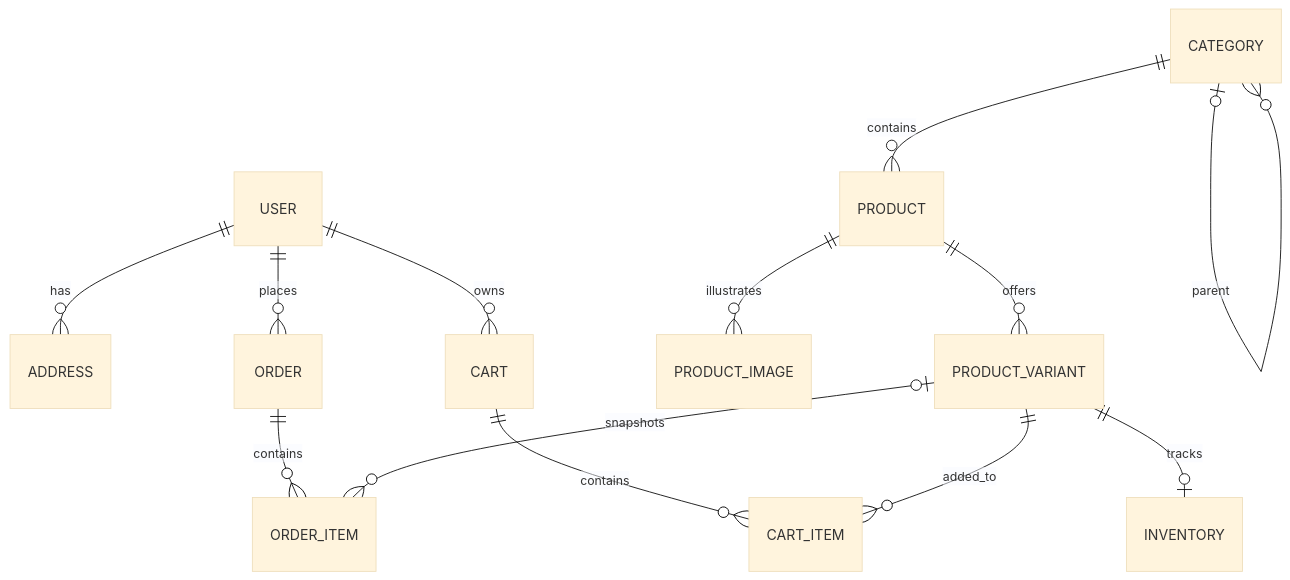
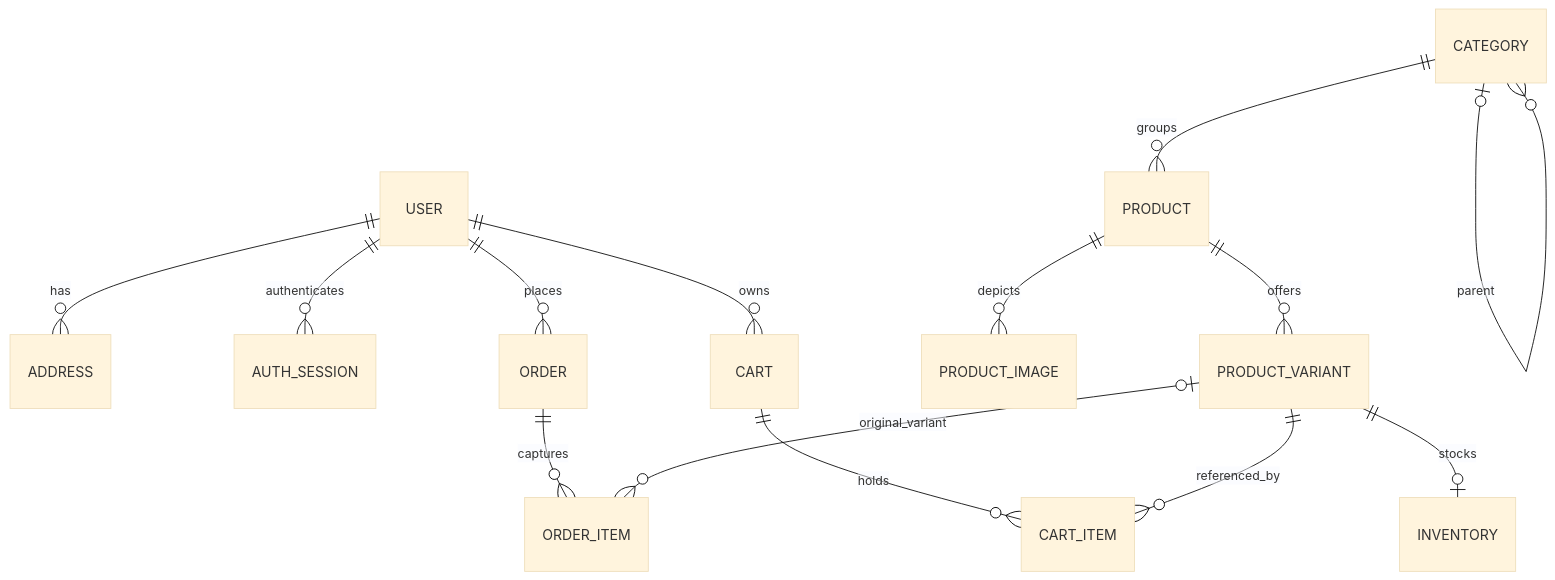
Before and after one commit to berkozari/commerce-lab: the diagram in docs/database.md, drawn with Mermaid (base theme). The commit also changed other lines of this file and 26 other files, not shown here.

````diff
--- a/docs/database.md
+++ b/docs/database.md
@@ -25,15 +9,16 @@
 ```mermaid
 erDiagram
     USER ||--o{ ADDRESS : has
+    USER ||--o{ AUTH_SESSION : authenticates
     USER ||--o{ CART : owns
     USER ||--o{ ORDER : places
     CATEGORY o|--o{ CATEGORY : parent
-    CATEGORY ||--o{ PRODUCT : contains
-    PRODUCT ||--o{ PRODUCT_IMAGE : illustrates
+    CATEGORY ||--o{ PRODUCT : groups
+    PRODUCT ||--o{ PRODUCT_IMAGE : depicts
     PRODUCT ||--o{ PRODUCT_VARIANT : offers
-    PRODUCT_VARIANT ||--o| INVENTORY : tracks
-    CART ||--o{ CART_ITEM : contains
-    PRODUCT_VARIANT ||--o{ CART_ITEM : added_to
-    ORDER ||--o{ ORDER_ITEM : contains
-    PRODUCT_VARIANT o|--o{ ORDER_ITEM : snapshots
+    PRODUCT_VARIANT ||--o| INVENTORY : stocks
+    CART ||--o{ CART_ITEM : holds
+    PRODUCT_VARIANT ||--o{ CART_ITEM : referenced_by
+    ORDER ||--o{ ORDER_ITEM : captures
+    PRODUCT_VARIANT o|--o{ ORDER_ITEM : original_variant
 ```
````
